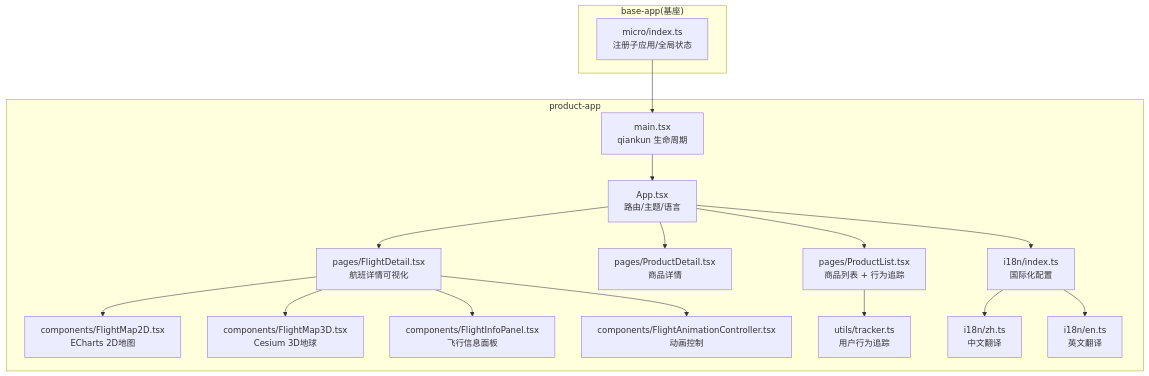
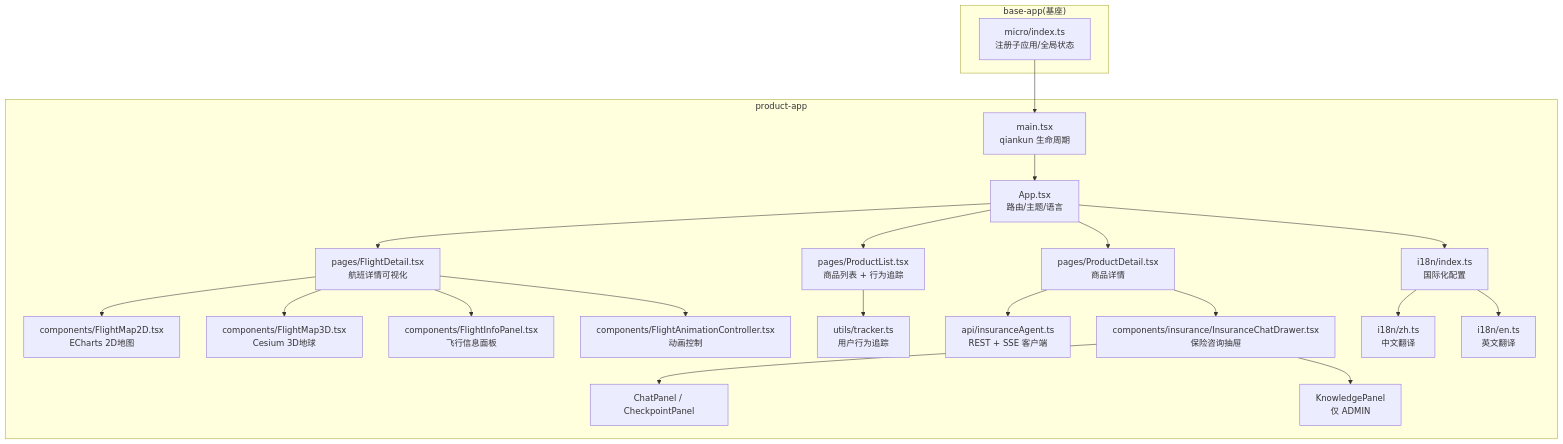
One commit to haohailiang/qoder-fullstack changed the first of 11 diagrams in .qoder/repowiki/zh/content/前端架构设计/商品子应用(product-app)/商品子应用(product-app).md. Above: the diagram before and after it, drawn with Mermaid. The commit also changed other lines of this file and 33 other files, not shown here.

````diff
--- a/.qoder/repowiki/zh/content/前端架构设计/商品子应用(product-app)/商品子应用(product-app).md
+++ b/.qoder/repowiki/zh/content/前端架构设计/商品子应用(product-app)/商品子应用(product-app).md
@@ -78,21 +97,25 @@
 ```mermaid
 graph TB
 subgraph "product-app"
 M["main.tsx<br/>qiankun 生命周期"] --> A["App.tsx<br/>路由/主题/语言"]
 A --> L["pages/ProductList.tsx<br/>商品列表 + 行为追踪"]
 A --> D["pages/ProductDetail.tsx<br/>商品详情"]
 A --> F["pages/FlightDetail.tsx<br/>航班详情可视化"]
 F --> M2D["components/FlightMap2D.tsx<br/>ECharts 2D地图"]
 F --> M3D["components/FlightMap3D.tsx<br/>Cesium 3D地球"]
 F --> IP["components/FlightInfoPanel.tsx<br/>飞行信息面板"]
 F --> AC["components/FlightAnimationController.tsx<br/>动画控制"]
 L --> T["utils/tracker.ts<br/>用户行为追踪"]
+D --> AG["api/insuranceAgent.ts<br/>REST + SSE 客户端"]
+D --> DR["components/insurance/InsuranceChatDrawer.tsx<br/>保险咨询抽屉"]
+DR --> CP["ChatPanel / CheckpointPanel"]
+DR --> KP["KnowledgePanel<br/>仅 ADMIN"]
 A --> I18N["i18n/index.ts<br/>国际化配置"]
 I18N --> ZH["i18n/zh.ts<br/>中文翻译"]
 I18N --> EN["i18n/en.ts<br/>英文翻译"]
 end
 subgraph "base-app(基座)"
 B["micro/index.ts<br/>注册子应用/全局状态"]
 end
 B --> M
 ```
````
